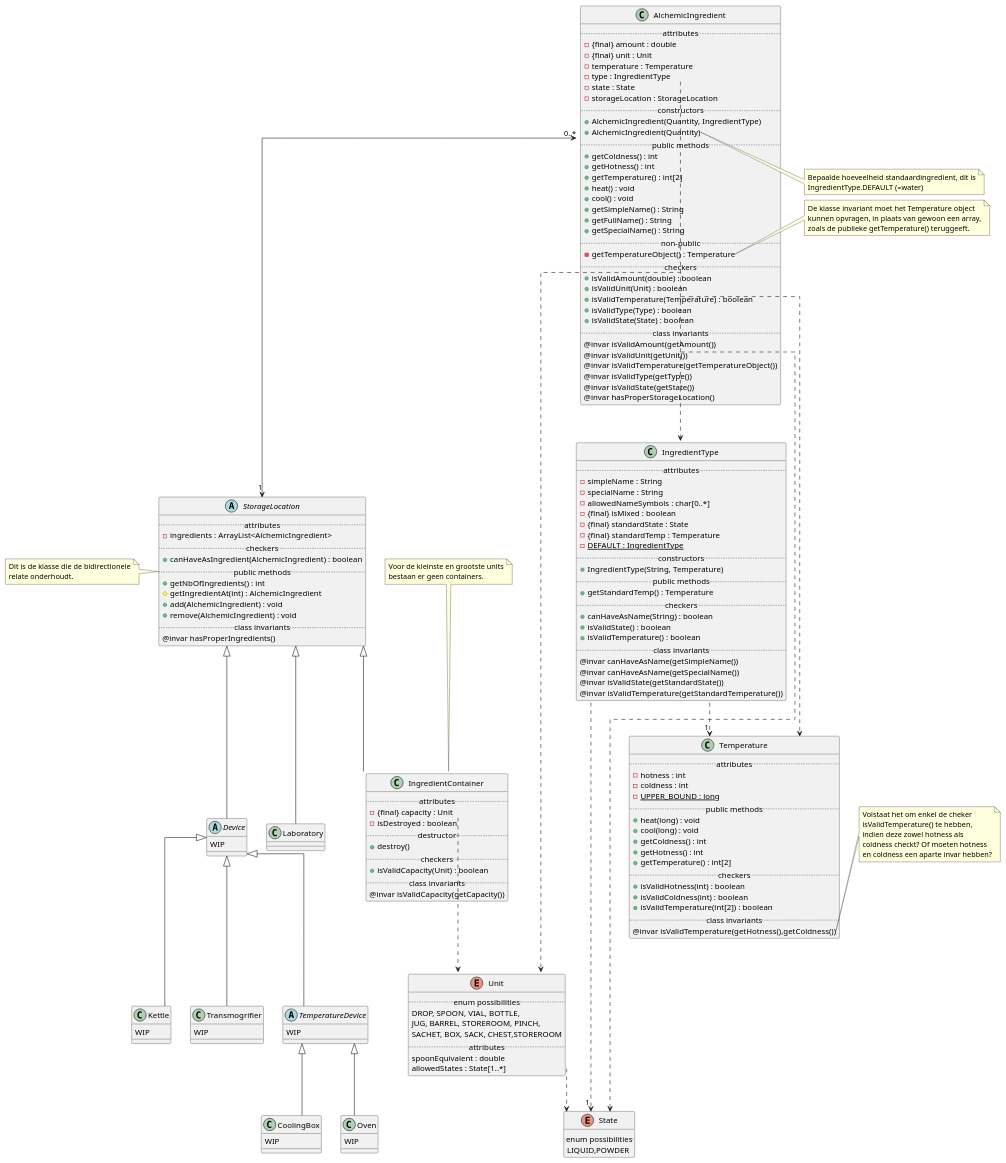
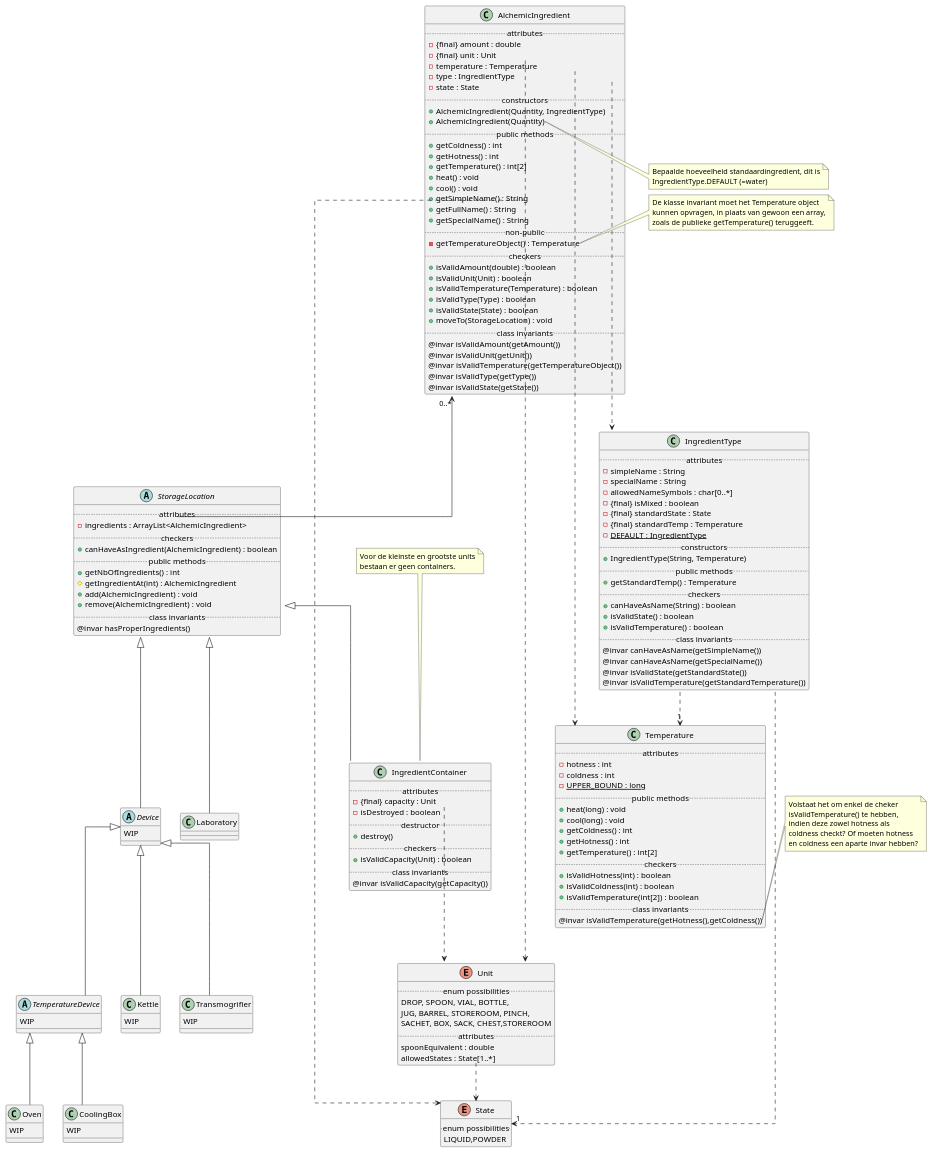
One commit to vanschependom/KULAK_ogp-examenproject changed the diagram in class-diagram/vincent.puml. Above: the diagram before and after it, drawn with PlantUML. The commit also changed 1 other file, not shown here.

```diff
--- a/class-diagram/vincent.puml
+++ b/class-diagram/vincent.puml
@@ -9,7 +9,6 @@
 - temperature : Temperature
 - type : IngredientType
 - state : State
-- storageLocation : StorageLocation
 ..constructors..
 + AlchemicIngredient(Quantity, IngredientType)
 + AlchemicIngredient(Quantity)
@@ -30,13 +29,13 @@
 + isValidTemperature(Temperature) : boolean
 + isValidType(Type) : boolean
 + isValidState(State) : boolean
++ moveTo(StorageLocation) : void
 ..class invariants..
 @invar isValidAmount(getAmount())
 @invar isValidUnit(getUnit())
 @invar isValidTemperature(getTemperatureObject())
 @invar isValidType(getType())
 @invar isValidState(getState())
-@invar hasProperStorageLocation()
 }
 
 note right of AlchemicIngredient::AlchemicIngredient(Quantity)
@@ -48,7 +47,7 @@
 AlchemicIngredient::state ..> State
 AlchemicIngredient::temperature ..> Temperature
 AlchemicIngredient::unit ..> Unit
-AlchemicIngredient "0..*" <--> "1" StorageLocation
+AlchemicIngredient "0..*" <-- StorageLocation::ingredients
 
 note right of AlchemicIngredient::getTemperatureObject
     De klasse invariant moet het Temperature object
@@ -149,11 +148,6 @@
 @invar hasProperIngredients()
 }
 
-note left of StorageLocation
-    Dit is de klasse die de bidirectionele
-    relate onderhoudt.
-end note
-
 class IngredientContainer extends StorageLocation {
 ..attributes..
 - {final} capacity : Unit
```
